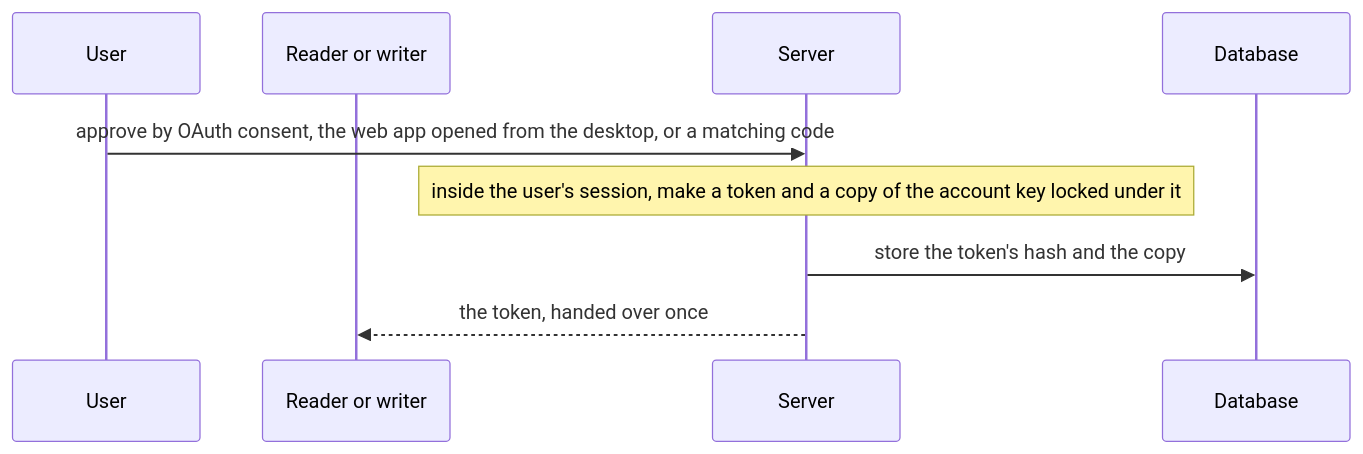
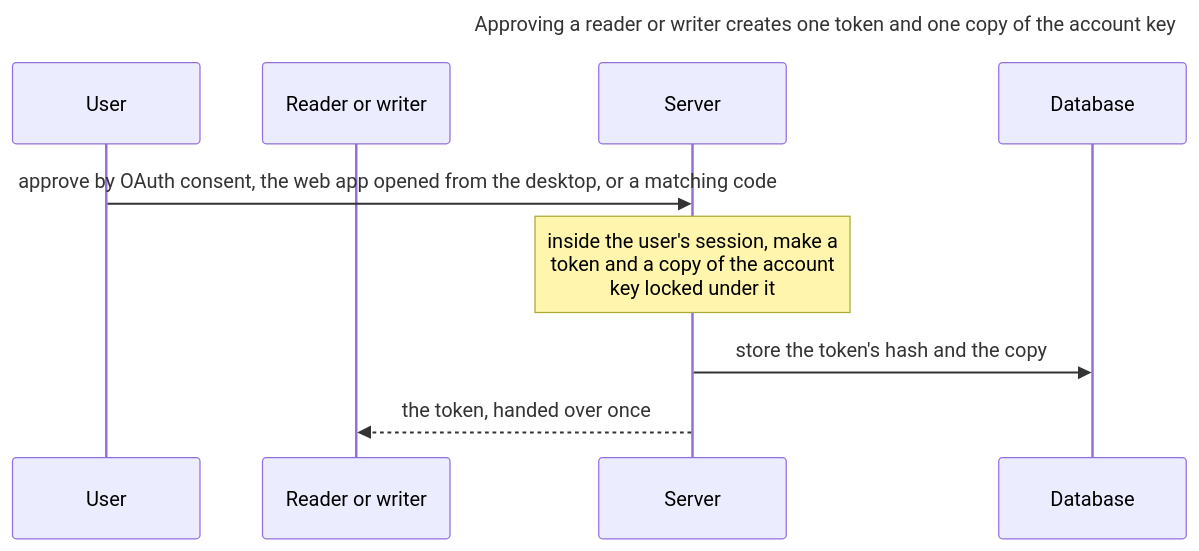
The eighth of 11 diagrams in chapters/07-how-it-works.md (ajs-consult-llc/mirror-encryption-rfc), drawn with Mermaid before and after one commit. The commit also changed other lines of this file and 23 other files, not shown here.

First line of the commit message:
Diagrams that read: titles, short lines, vertical layouts

````diff
--- a/chapters/07-how-it-works.md
+++ b/chapters/07-how-it-works.md
@@ -192,13 +221,16 @@
 ```mermaid
+---
+title: "Approving a reader or writer creates one token and one copy of the account key"
+---
 sequenceDiagram
   accTitle: Approving a reader or writer creates one token and one copy of the account key
   accDescr: Approve a reader or writer. The user approves it by OAuth consent, by the web app opened from the desktop, or with a matching code. Inside the user's session, the server makes a token and a copy of the account key locked under it, stores the token's hash and the copy in the database, and hands the token to the reader or writer once.
   participant U as User
   participant R as Reader or writer
   participant S as Server
   participant DB as Database
   U->>S: approve by OAuth consent, the web app opened from the desktop, or a matching code
-  Note over S: inside the user's session, make a token and a copy of the account key locked under it
+  Note over S: inside the user's session, make a<br/>token and a copy of the account<br/>key locked under it
   S->>DB: store the token's hash and the copy
   S-->>R: the token, handed over once
 ```
````
